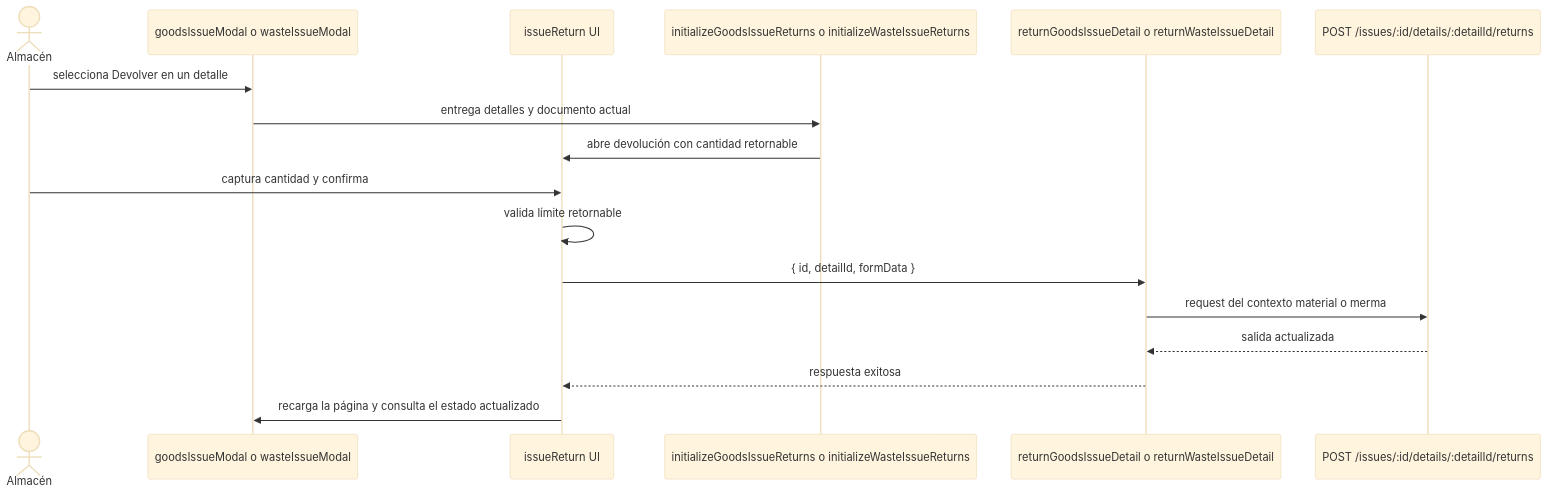
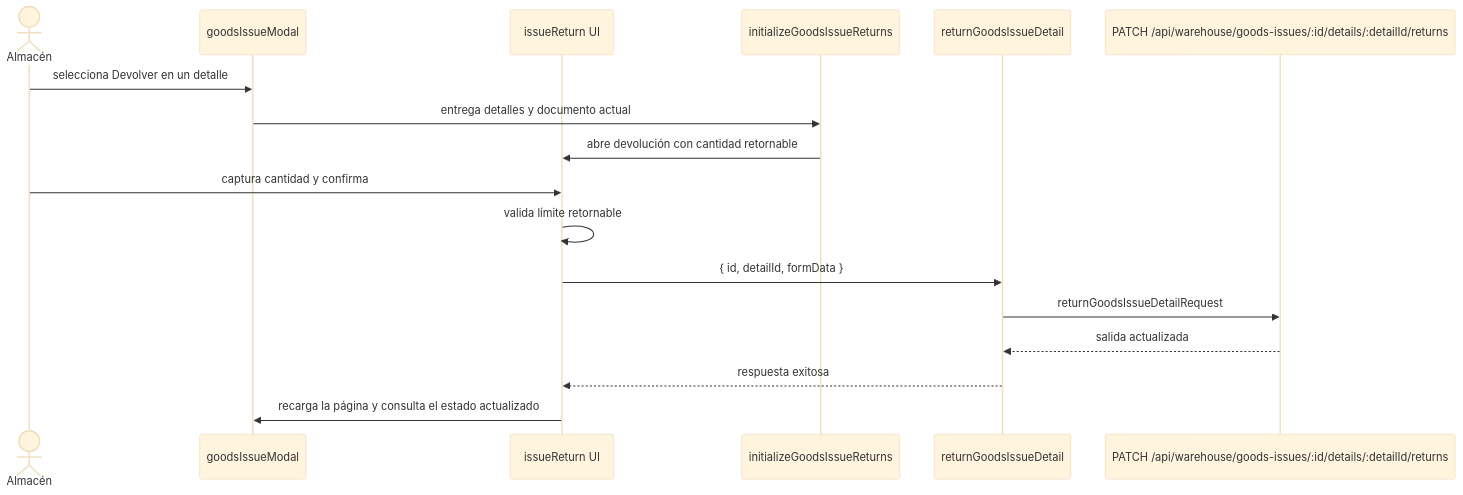
Before and after one commit to gpgsistemas01/nexus: the fourth of 6 diagrams in docs/architecture/frontend-technical-documentation.md, drawn with Mermaid (base theme). The commit also changed other lines of this file and 12 other files, not shown here.

Commit message:
docs: diagram every frontend and backend use case

````diff
--- a/docs/architecture/frontend-technical-documentation.md
+++ b/docs/architecture/frontend-technical-documentation.md
@@ -210,20 +288,20 @@
 ```mermaid
 sequenceDiagram
     actor Warehouse as Almacén
-    participant Issue as goodsIssueModal o wasteIssueModal
+    participant Issue as goodsIssueModal
     participant Return as issueReturn UI
-    participant Domain as initializeGoodsIssueReturns o initializeWasteIssueReturns
-    participant App as returnGoodsIssueDetail o returnWasteIssueDetail
-    participant API as POST /issues/:id/details/:detailId/returns
+    participant Domain as initializeGoodsIssueReturns
+    participant App as returnGoodsIssueDetail
+    participant API as PATCH /api/warehouse/goods-issues/:id/details/:detailId/returns
 
     Warehouse->>Issue: selecciona Devolver en un detalle
     Issue->>Domain: entrega detalles y documento actual
     Domain->>Return: abre devolución con cantidad retornable
     Warehouse->>Return: captura cantidad y confirma
     Return->>Return: valida límite retornable
     Return->>App: { id, detailId, formData }
-    App->>API: request del contexto material o merma
+    App->>API: returnGoodsIssueDetailRequest
     API-->>App: salida actualizada
     App-->>Return: respuesta exitosa
     Return->>Issue: recarga la página y consulta el estado actualizado
 ```
````
